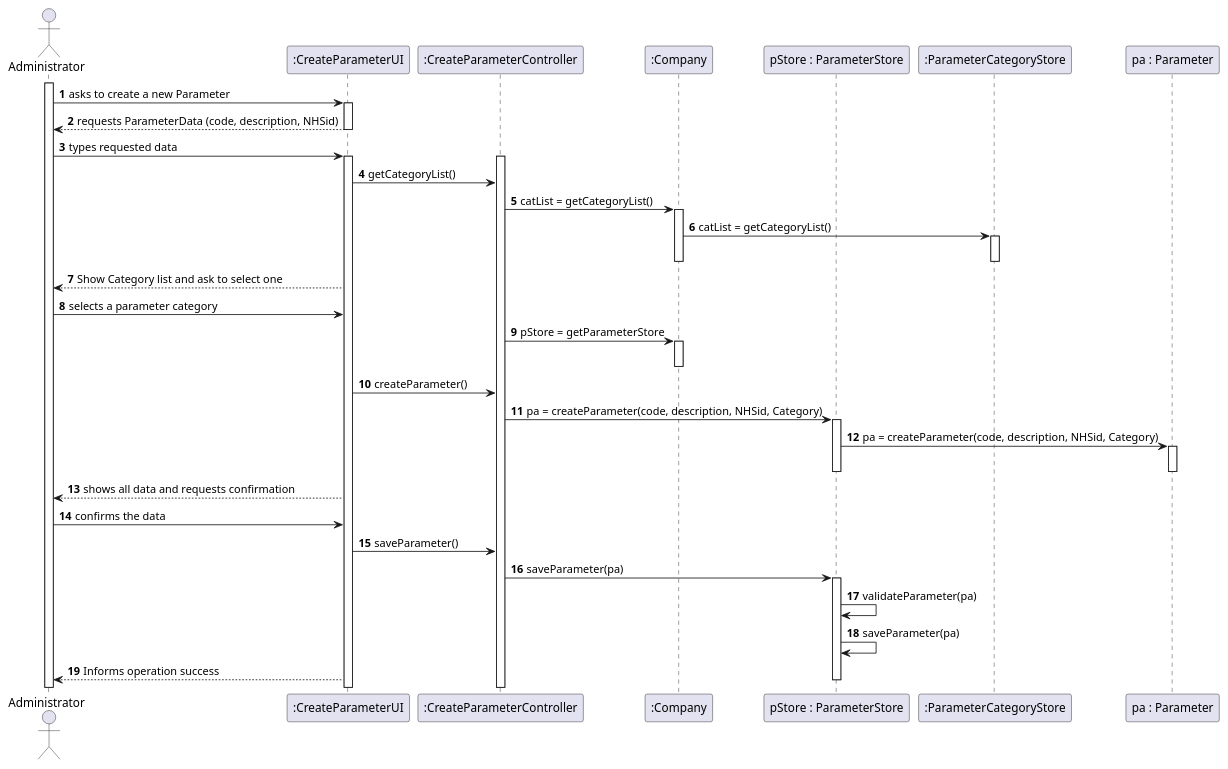
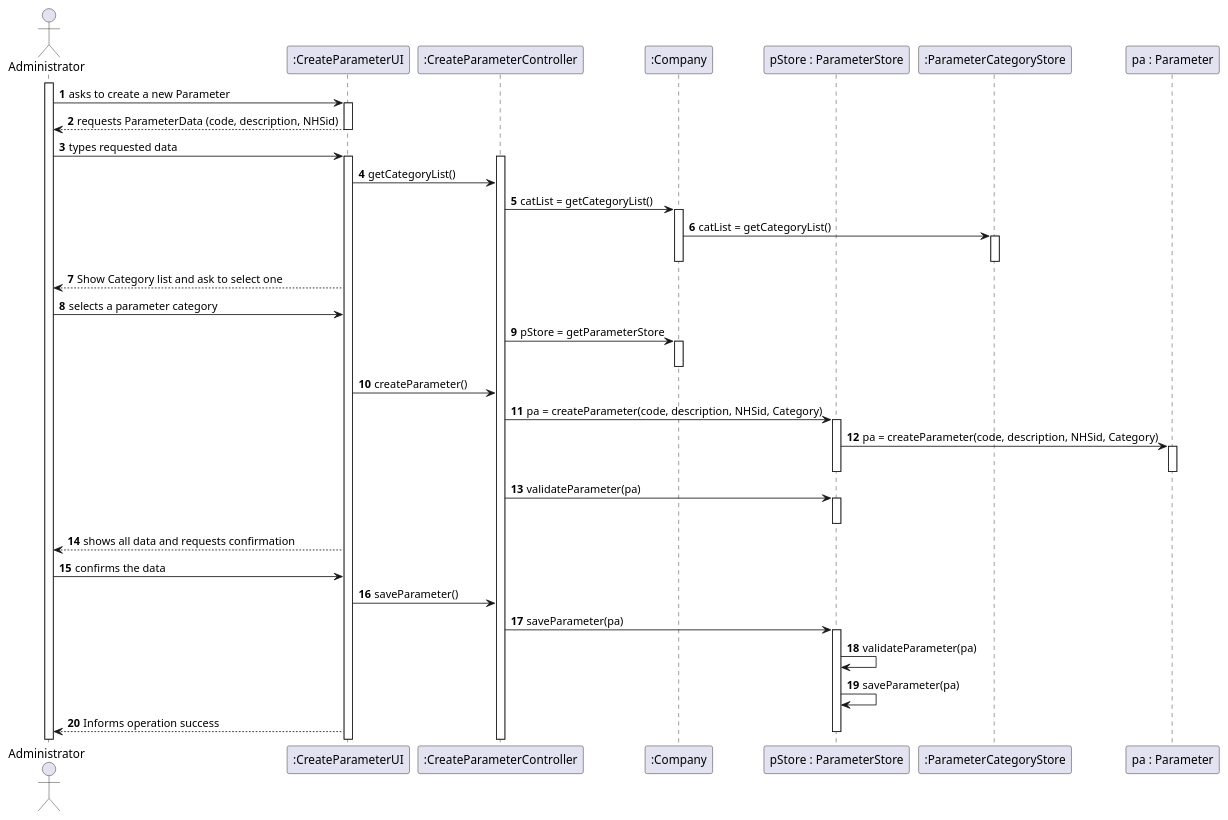
The diagram in docs/SprintB/US10/US10_SD.puml (MarianaCLages/LAPR2), drawn with PlantUML before and after one commit. The commit also changed 4 other files, not shown here.

```diff
--- a/docs/SprintB/US10/US10_SD.puml
+++ b/docs/SprintB/US10/US10_SD.puml
@@ -1,91 +1,97 @@
 @startuml
 autonumber
 'hide footbox
 actor "Administrator" as Administrator
 
 participant ":CreateParameterUI" as UI
 participant ":CreateParameterController" as CTRL
 participant ":Company" as COMPANY
 participant "pStore : ParameterStore" as PARAMETERSTORE
 participant ":ParameterCategoryStore" as CATEGORYSTORE
 participant "pa : Parameter" as PARAMETER
 
 
 activate Administrator
 Administrator -> UI: asks to create a new Parameter
 activate UI
+
+
+
+
 UI --> Administrator :requests ParameterData (code, description, NHSid)
 deactivate UI
 
 
 Administrator -> UI : types requested data
 activate UI
 
 activate CTRL
 
 
 UI -> CTRL : getCategoryList()
 
 
 CTRL -> COMPANY : catList = getCategoryList()
 activate COMPANY
 
 
 
 
 COMPANY -> CATEGORYSTORE  : catList = getCategoryList()
 
 activate CATEGORYSTORE
 deactivate CATEGORYSTORE
 deactivate COMPANY
 
 
 
 
 
 UI --> Administrator : Show Category list and ask to select one
 
 
 
 
 
 Administrator -> UI : selects a parameter category
 
 CTRL -> COMPANY : pStore = getParameterStore
 activate COMPANY
 deactivate COMPANY
 
 UI-> CTRL : createParameter()
 CTRL -> PARAMETERSTORE : pa = createParameter(code, description, NHSid, Category)
 
 activate PARAMETERSTORE
 
 PARAMETERSTORE -> PARAMETER : pa = createParameter(code, description, NHSid, Category)
 
 activate PARAMETER
 deactivate PARAMETER
 deactivate PARAMETERSTORE
-
+CTRL -> PARAMETERSTORE : validateParameter(pa)
+activate PARAMETERSTORE
+deactivate PARAMETERSTORE
 
 UI --> Administrator : shows all data and requests confirmation
 
 Administrator -> UI : confirms the data
 
 UI-> CTRL : saveParameter()
 
 CTRL -> PARAMETERSTORE : saveParameter(pa)
 activate PARAMETERSTORE
 PARAMETERSTORE -> PARAMETERSTORE : validateParameter(pa)
 PARAMETERSTORE -> PARAMETERSTORE : saveParameter(pa)
 
 
 UI --> Administrator : Informs operation success
 deactivate PARAMETERSTORE
 
 
 
 
 
 
 
 @enduml
```
